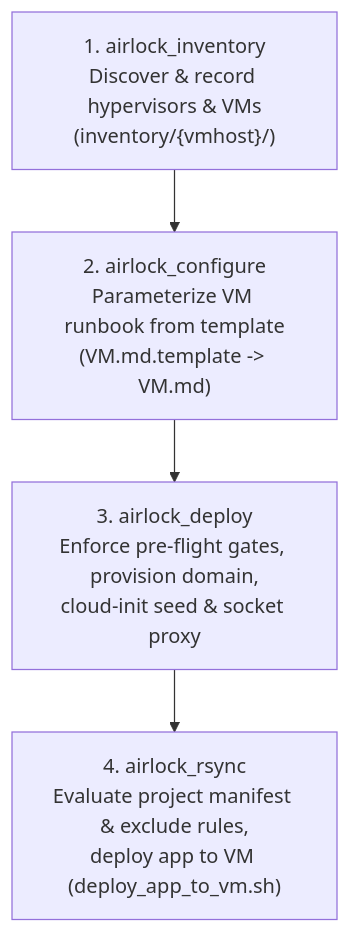
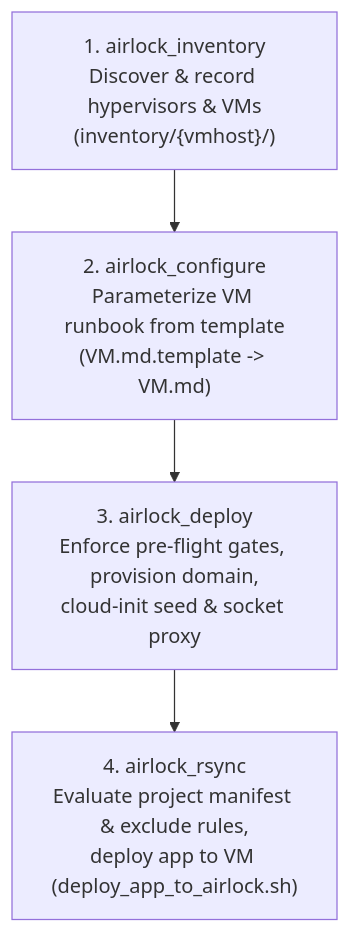
The diagram in docs/ARCHITECTURE.md (simplybarter/AirlockVM), drawn with Mermaid before and after one commit. The commit also changed other lines of this file and 11 other files, not shown here.

Commit message:
refactor(deploy): rename deploy_app_to_vm.sh to deploy_app_to_airlock.sh

````diff
--- a/docs/ARCHITECTURE.md
+++ b/docs/ARCHITECTURE.md
@@ -64,6 +64,6 @@
 ```mermaid
 flowchart TD
     Inv["1. airlock_inventory<br/>Discover & record hypervisors & VMs<br/>(inventory/{vmhost}/)"] --> Conf["2. airlock_configure<br/>Parameterize VM runbook from template<br/>(VM.md.template -> VM.md)"]
     Conf --> Deploy["3. airlock_deploy<br/>Enforce pre-flight gates, provision domain,<br/>cloud-init seed & socket proxy"]
-    Deploy --> Rsync["4. airlock_rsync<br/>Evaluate project manifest & exclude rules,<br/>deploy app to VM (deploy_app_to_vm.sh)"]
+    Deploy --> Rsync["4. airlock_rsync<br/>Evaluate project manifest & exclude rules,<br/>deploy app to VM (deploy_app_to_airlock.sh)"]
 ```
````
